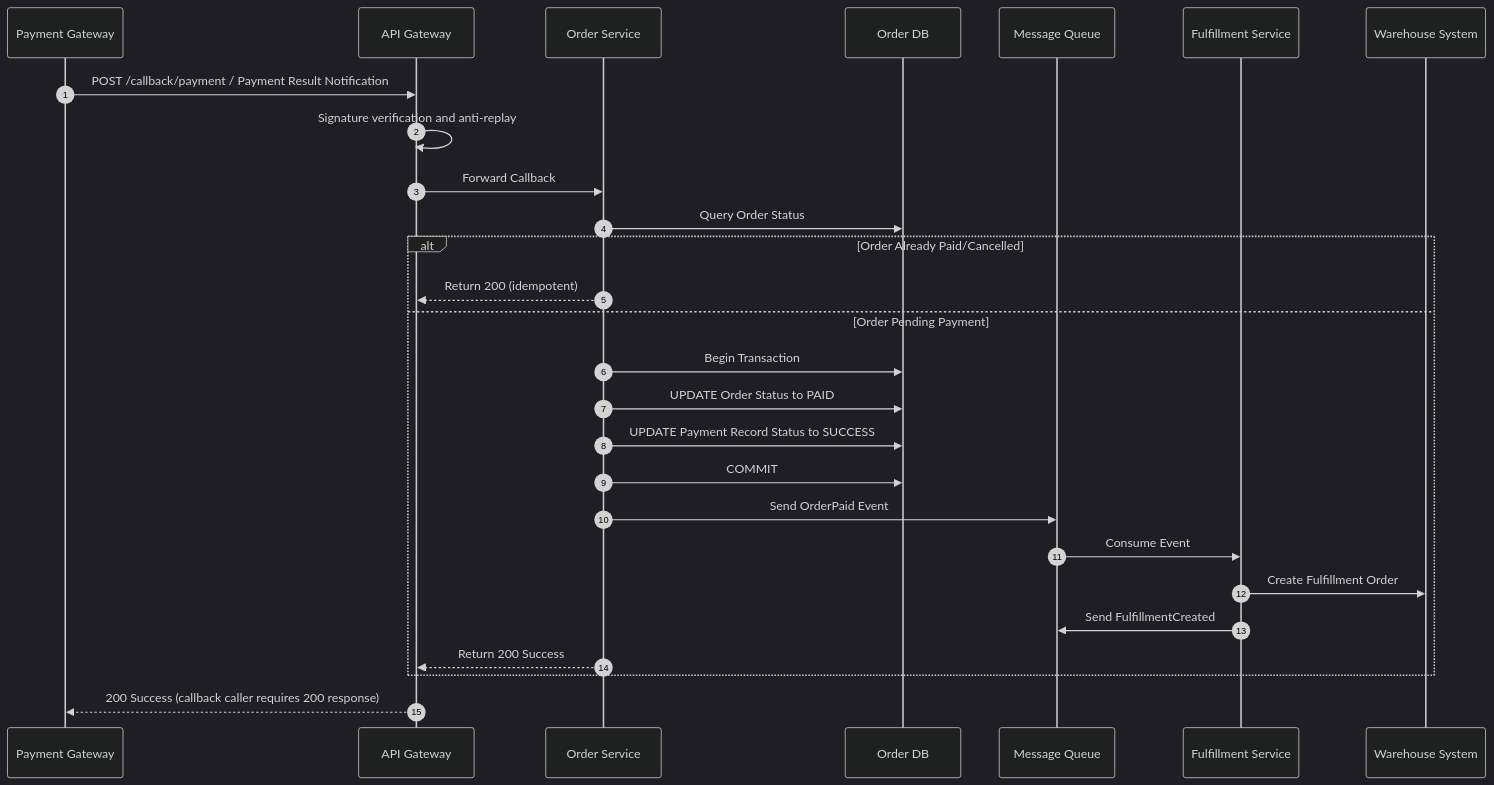
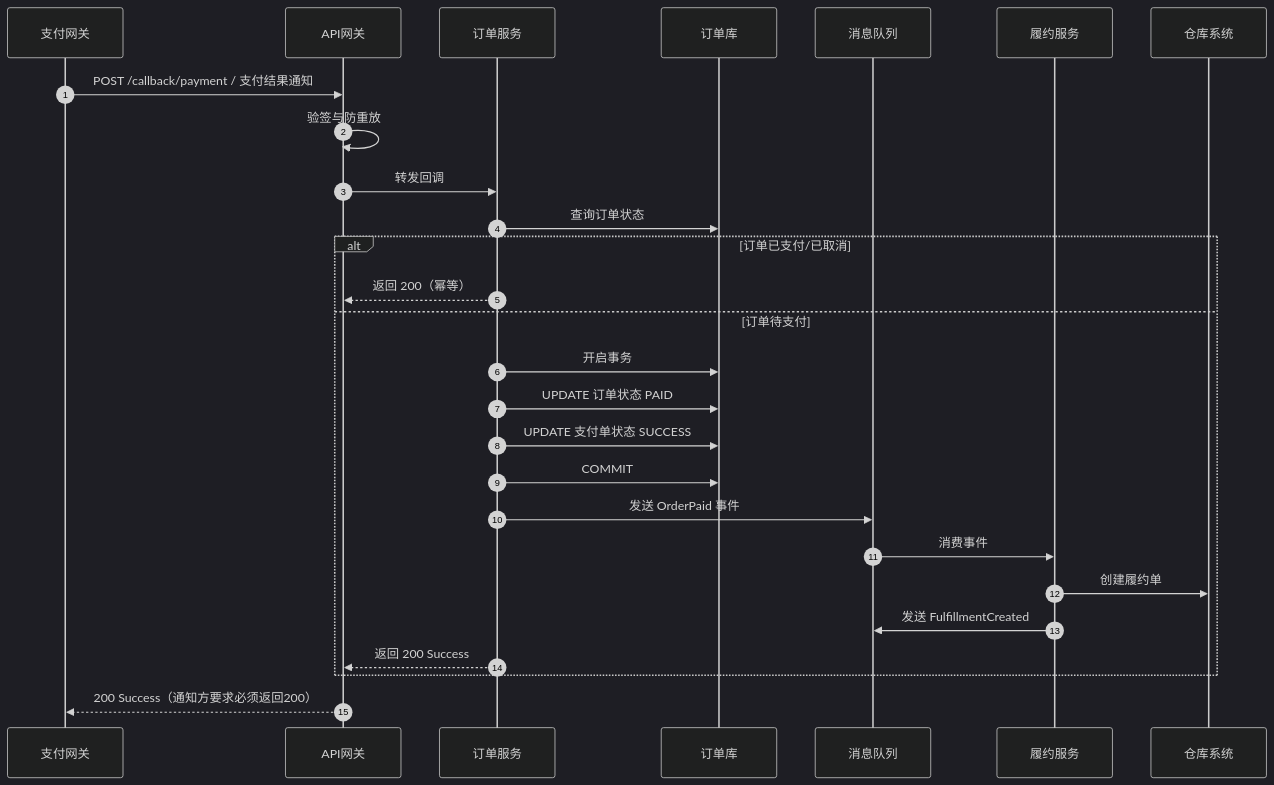
One commit to Kirky-X/cangjie changed the tenth of 11 diagrams in templates/Product/Product/Template-FRD.md. Above: the diagram before and after it, drawn with Mermaid (dark theme). The commit also changed other lines of this file and 33 other files, not shown here.

````diff
--- a/templates/Product/Product/Template-FRD.md
+++ b/templates/Product/Product/Template-FRD.md
@@ -579,34 +579,34 @@
 ```mermaid
 sequenceDiagram
     autonumber
-    participant PG as Payment Gateway
-    participant GW as API Gateway
-    participant OS as Order Service
-    participant DB as Order DB
-    participant MQ as Message Queue
-    participant FS as Fulfillment Service
-    participant WH as Warehouse System
+    participant PG as 支付网关
+    participant GW as API网关
+    participant OS as 订单服务
+    participant DB as 订单库
+    participant MQ as 消息队列
+    participant FS as 履约服务
+    participant WH as 仓库系统
 
-    PG->>GW: POST /callback/payment / Payment Result Notification
-    GW->>GW: Signature verification and anti-replay
+    PG->>GW: POST /callback/payment / 支付结果通知
+    GW->>GW: 验签与防重放
 
-    GW->>OS: Forward Callback
-    OS->>DB: Query Order Status
-    alt Order Already Paid/Cancelled
-        OS-->>GW: Return 200 (idempotent)
-    else Order Pending Payment
-        OS->>DB: Begin Transaction
-        OS->>DB: UPDATE Order Status to PAID
-        OS->>DB: UPDATE Payment Record Status to SUCCESS
+    GW->>OS: 转发回调
+    OS->>DB: 查询订单状态
+    alt 订单已支付/已取消
+        OS-->>GW: 返回 200（幂等）
+    else 订单待支付
+        OS->>DB: 开启事务
+        OS->>DB: UPDATE 订单状态 PAID
+        OS->>DB: UPDATE 支付单状态 SUCCESS
         OS->>DB: COMMIT
 
-        OS->>MQ: Send OrderPaid Event
+        OS->>MQ: 发送 OrderPaid 事件
 
-        MQ->>FS: Consume Event
-        FS->>WH: Create Fulfillment Order
-        FS->>MQ: Send FulfillmentCreated
+        MQ->>FS: 消费事件
+        FS->>WH: 创建履约单
+        FS->>MQ: 发送 FulfillmentCreated
 
-        OS-->>GW: Return 200 Success
+        OS-->>GW: 返回 200 Success
     end
-    GW-->>PG: 200 Success (callback caller requires 200 response)
+    GW-->>PG: 200 Success（通知方要求必须返回200）
 ```
````
